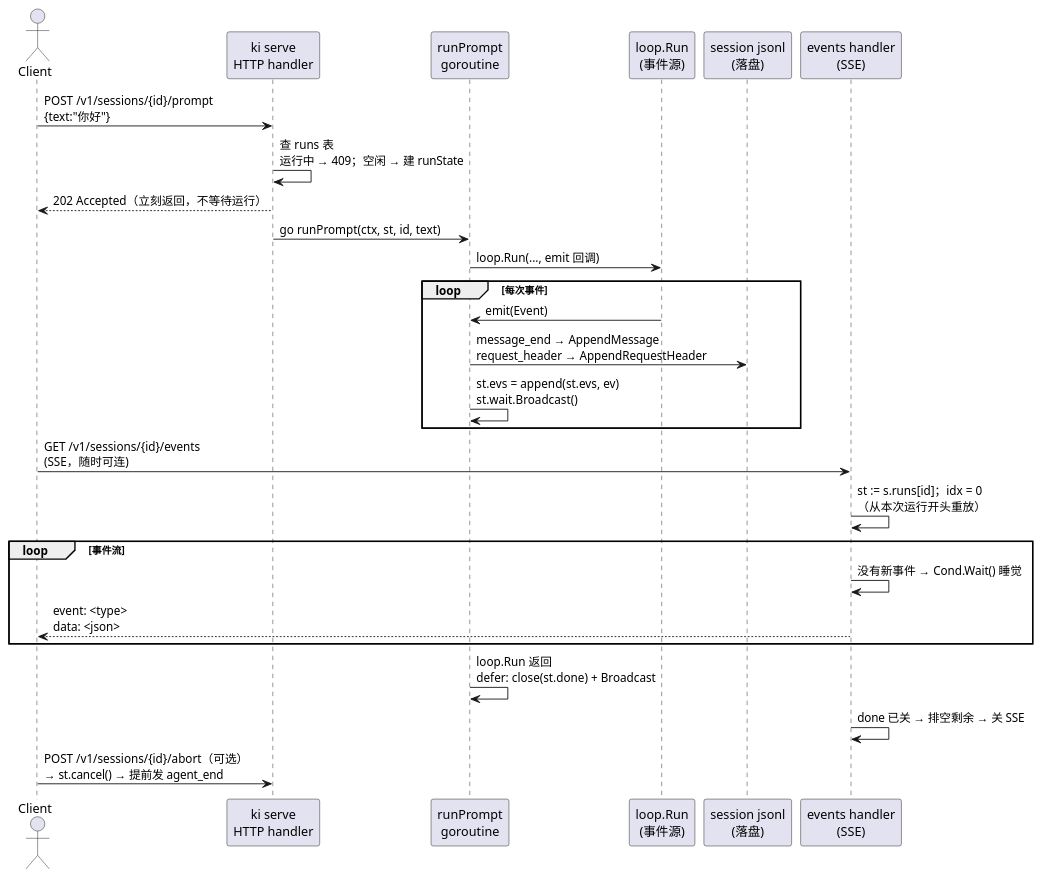
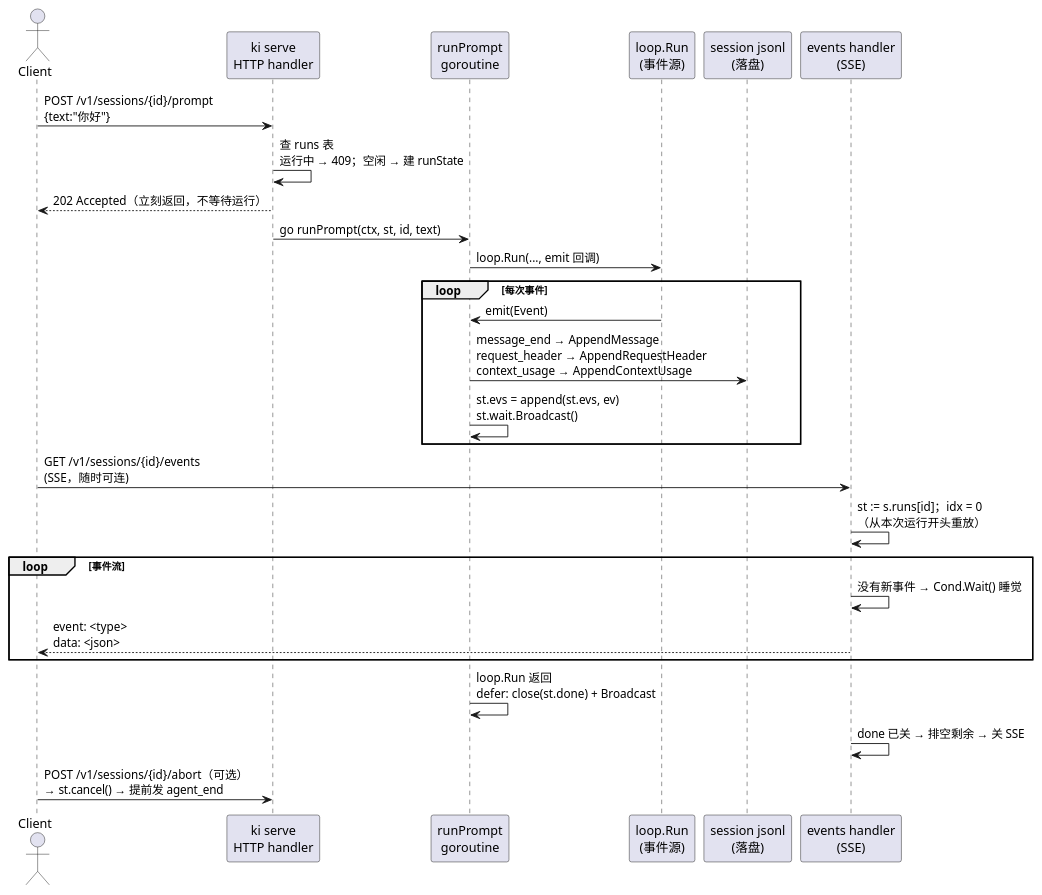
Before and after one commit to skyw8/ki: the first of 2 diagrams in docs/architecture.md, drawn with PlantUML. The commit also changed other lines of this file and 50 other files, not shown here.

````diff
--- a/docs/architecture.md
+++ b/docs/architecture.md
@@ -84,34 +88,34 @@
 ```plantuml
 @startuml
 actor Client as C
 participant "ki serve\nHTTP handler" as S
 participant "runPrompt\ngoroutine" as R
 participant "loop.Run\n(事件源)" as L
 participant "session jsonl\n(落盘)" as F
 participant "events handler\n(SSE)" as E
 
 C -> S : POST /v1/sessions/{id}/prompt\n{text:"你好"}
 S -> S : 查 runs 表\n运行中 → 409；空闲 → 建 runState
 S --> C : 202 Accepted（立刻返回，不等待运行）
 S -> R : go runPrompt(ctx, st, id, text)
 
 R -> L : loop.Run(..., emit 回调)
 loop 每次事件
   L -> R : emit(Event)
-  R -> F : message_end → AppendMessage\nrequest_header → AppendRequestHeader
+  R -> F : message_end → AppendMessage\nrequest_header → AppendRequestHeader\ncontext_usage → AppendContextUsage
   R -> R : st.evs = append(st.evs, ev)\nst.wait.Broadcast()
 end
 
 C -> E : GET /v1/sessions/{id}/events\n(SSE，随时可连)
 E -> E : st := s.runs[id]；idx = 0\n（从本次运行开头重放）
 loop 事件流
   E -> E : 没有新事件 → Cond.Wait() 睡觉
   E --> C : event: <type>\ndata: <json>
 end
 
 R -> R : loop.Run 返回\ndefer: close(st.done) + Broadcast
 E -> E : done 已关 → 排空剩余 → 关 SSE
 
 C -> S : POST /v1/sessions/{id}/abort（可选）\n→ st.cancel() → 提前发 agent_end
 @enduml
 ```
````
